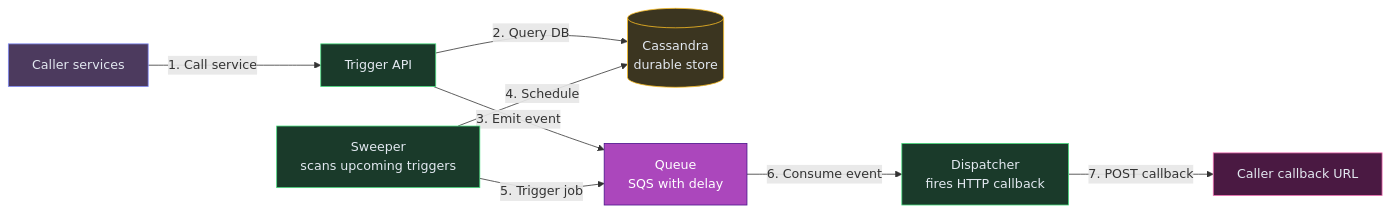
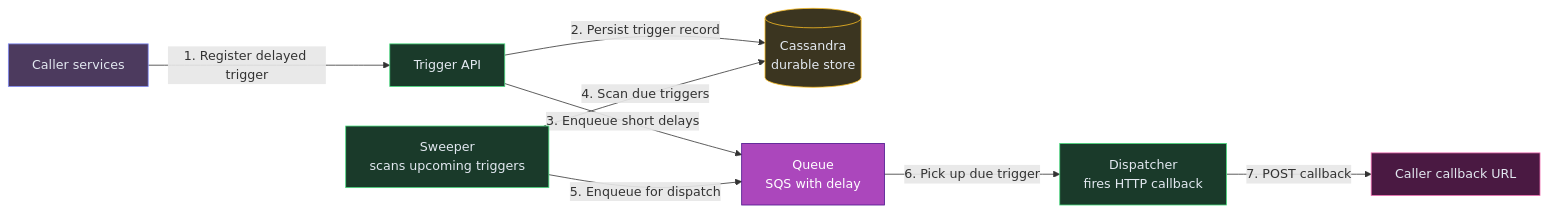
One commit to iluzn/HLD-Designs changed the first of 10 diagrams in content/hld/DelayedTriggerService.md. Above: the diagram before and after it, drawn with Mermaid. The commit also changed other lines of this file and 27 other files, not shown here.

````diff
--- a/content/hld/DelayedTriggerService.md
+++ b/content/hld/DelayedTriggerService.md
@@ -19,24 +19,24 @@
 ```mermaid
 flowchart LR
     CALLER["Caller services"]:::client
     API["Trigger API"]:::service
     DB[("Cassandra<br/>durable store")]:::data
     SWEEPER["Sweeper<br/>scans upcoming triggers"]:::service
     SQS["Queue<br/>SQS with delay"]:::async
     DISP["Dispatcher<br/>fires HTTP callback"]:::service
     TARGET["Caller callback URL"]:::external
 
-    CALLER -->|"1. Call service"| API
-    API -->|"2. Query DB"| DB
-    API -->|"3. Emit event"| SQS
-    SWEEPER -->|"4. Schedule"| DB
-    SWEEPER -->|"5. Trigger job"| SQS
-    SQS -->|"6. Consume event"| DISP
+    CALLER -->|"1. Register delayed trigger"| API
+    API -->|"2. Persist trigger record"| DB
+    API -->|"3. Enqueue short delays"| SQS
+    SWEEPER -->|"4. Scan due triggers"| DB
+    SWEEPER -->|"5. Enqueue for dispatch"| SQS
+    SQS -->|"6. Pick up due trigger"| DISP
     DISP -->|"7. POST callback"| TARGET
 
     classDef client fill:#4c3a5e,stroke:#818cf8,color:#e2e8f0
     classDef service fill:#1a3a2a,stroke:#4ade80,color:#e2e8f0
     classDef async fill:#AB47BC,stroke:#4A148C,color:#fff
     classDef data fill:#3b3520,stroke:#fbbf24,color:#e2e8f0
     classDef external fill:#4a1942,stroke:#f472b6,color:#e2e8f0
 ```
````
